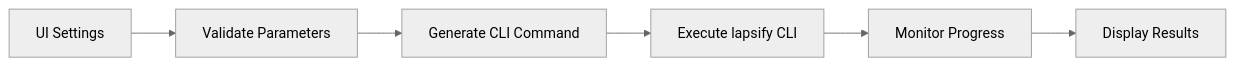
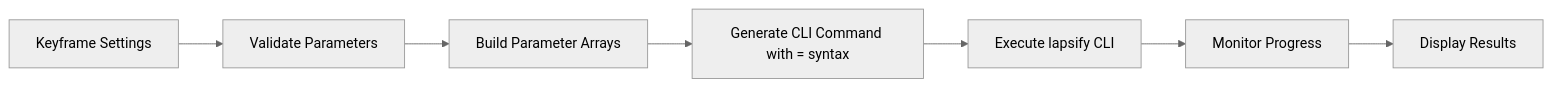
The second of 3 diagrams in .kiro/specs/lapsify-gui/design.md (fcsonline/lapsify), drawn with Mermaid (neutral theme) before and after one commit. The commit also changed other lines of this file and 2 other files, not shown here.

````diff
--- a/.kiro/specs/lapsify-gui/design.md
+++ b/.kiro/specs/lapsify-gui/design.md
@@ -180,8 +205,9 @@
 ```mermaid
 graph LR
-    A[UI Settings] --> B[Validate Parameters]
-    B --> C[Generate CLI Command]
-    C --> D[Execute lapsify CLI]
-    D --> E[Monitor Progress]
-    E --> F[Display Results]
+    A[Keyframe Settings] --> B[Validate Parameters]
+    B --> C[Build Parameter Arrays]
+    C --> D[Generate CLI Command with = syntax]
+    D --> E[Execute lapsify CLI]
+    E --> F[Monitor Progress]
+    F --> G[Display Results]
 ```
````
